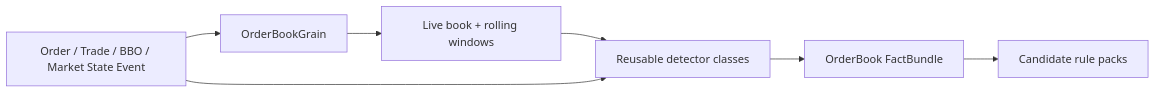
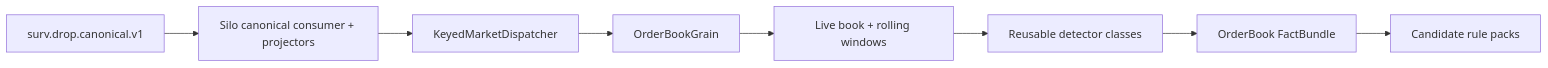
One commit to adnanelhabashy/surveillance-knowledge-base changed the diagram in Market-Surveillance-Full-Plan-Doc-Refrence/Architecture/Implementation-Start/03 - Order Book Surveillance Core.md. Above: the diagram before and after it, drawn with Mermaid. The commit also changed other lines of this file, not shown here.

Commit message:
docs: make order-book core explicitly Silo-side

````diff
--- a/Market-Surveillance-Full-Plan-Doc-Refrence/Architecture/Implementation-Start/03 - Order Book Surveillance Core.md
+++ b/Market-Surveillance-Full-Plan-Doc-Refrence/Architecture/Implementation-Start/03 - Order Book Surveillance Core.md
@@ -29,9 +46,10 @@
 ```mermaid
 flowchart LR
-    E[Order / Trade / BBO / Market State Event] --> OBG[OrderBookGrain]
+    C[surv.drop.canonical.v1] --> S[Silo canonical consumer + projectors]
+    S --> D[KeyedMarketDispatcher]
+    D --> OBG[OrderBookGrain]
     OBG --> STATE[Live book + rolling windows]
     STATE --> DET[Reusable detector classes]
-    E --> DET
     DET --> FACTS[OrderBook FactBundle]
     FACTS --> RULES[Candidate rule packs]
 ```
````
